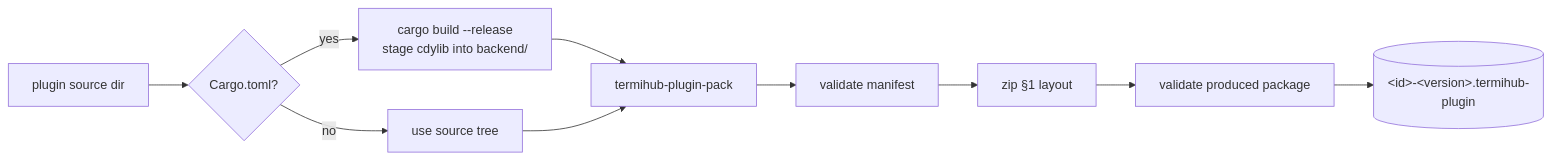
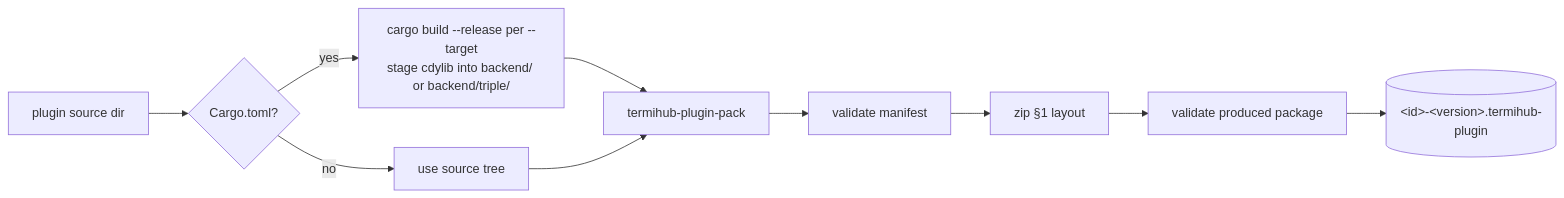
Before and after one commit to armaxri/termiHub: the fourth of 5 diagrams in docs/plugin-authoring.md, drawn with Mermaid. The commit also changed other lines of this file, not shown here.

Commit message:
docs(plugins): document multi-platform packages, --target and --merge

````diff
--- a/docs/plugin-authoring.md
+++ b/docs/plugin-authoring.md
@@ -420,12 +425,12 @@
 ```mermaid
 flowchart LR
     A[plugin source dir] --> B{Cargo.toml?}
-    B -- yes --> C[cargo build --release<br/>stage cdylib into backend/]
+    B -- yes --> C[cargo build --release per --target<br/>stage cdylib into backend/ or backend/triple/]
     B -- no --> D[use source tree]
     C --> E[termihub-plugin-pack]
     D --> E
     E --> F[validate manifest]
     F --> G[zip §1 layout]
     G --> H[validate produced package]
     H --> I[(&lt;id&gt;-&lt;version&gt;.termihub-plugin)]
 ```
````
